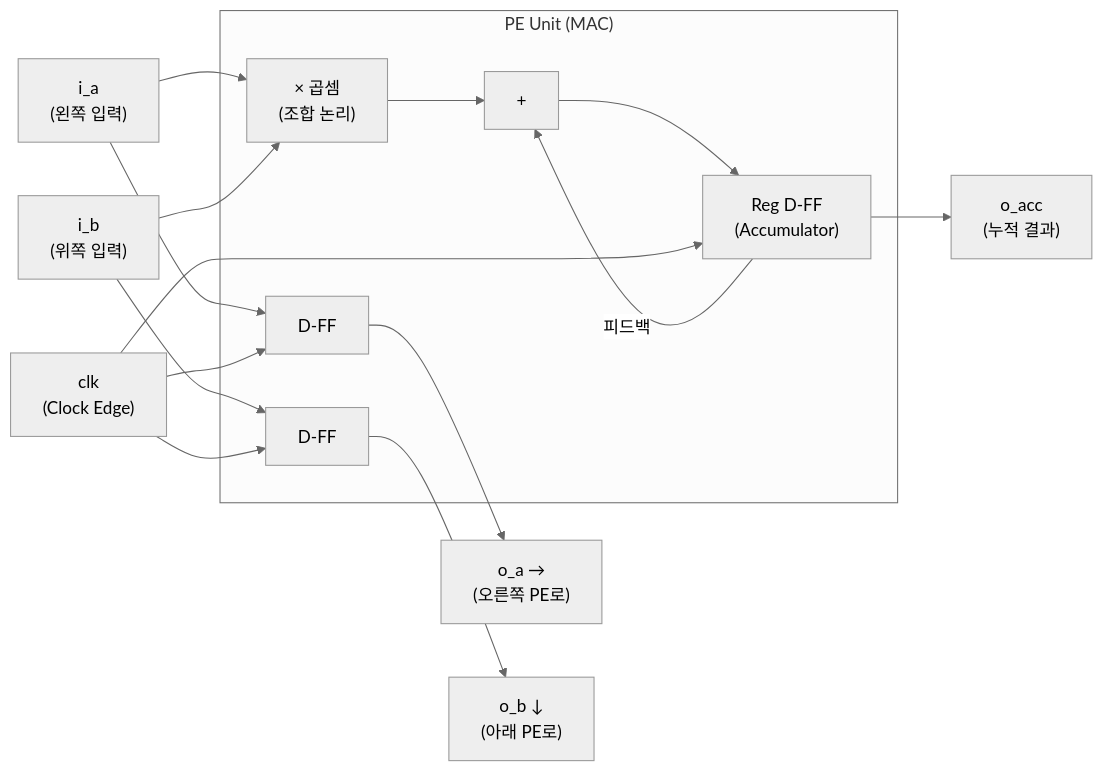
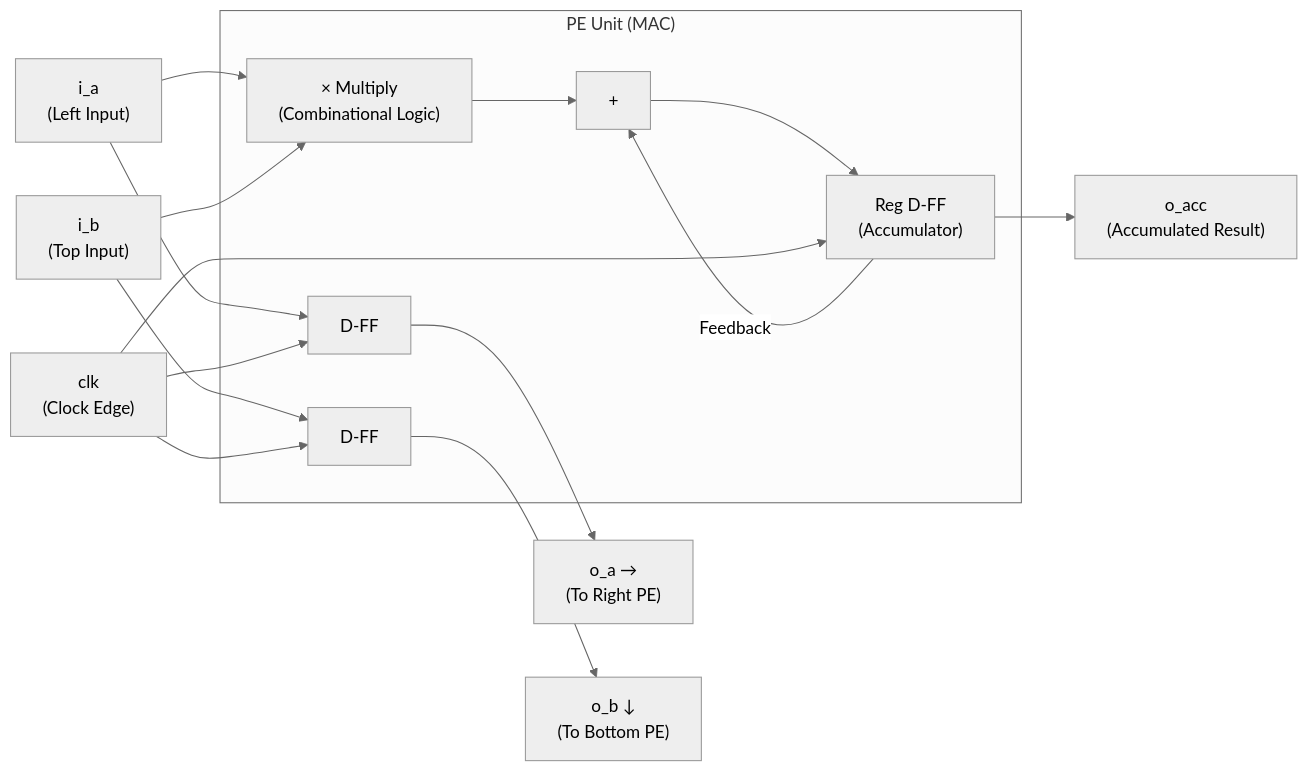
One commit to hwkim-dev/NPU-FPGA-Transformer-Accelerator-KV260 changed the first of 2 diagrams in Architecture/PE_Unit.md. Above: the diagram before and after it, drawn with Mermaid (neutral theme). The commit also changed other lines of this file and 9 other files, not shown here.

First line of the commit message:
docs: Fix markdown formatting and translate to English in Architecture folder

````diff
--- a/Architecture/PE_Unit.md
+++ b/Architecture/PE_Unit.md
@@ -13,32 +13,32 @@
 ```mermaid
 flowchart LR
-    IA["i_a\n(왼쪽 입력)"]
-    IB["i_b\n(위쪽 입력)"]
+    IA["i_a\n(Left Input)"]
+    IB["i_b\n(Top Input)"]
     CLK["clk\n(Clock Edge)"]
 
     subgraph PE ["PE Unit (MAC)"]
-        MUL["× 곱셈\n(조합 논리)"]
+        MUL["× Multiply\n(Combinational Logic)"]
         ADD["+"]
         REG_ACC["Reg D-FF\n(Accumulator)"]
         REG_A["D-FF"]
         REG_B["D-FF"]
     end
 
-    OA["o_a →\n(오른쪽 PE로)"]
-    OB["o_b ↓\n(아래 PE로)"]
-    OACC["o_acc\n(누적 결과)"]
+    OA["o_a →\n(To Right PE)"]
+    OB["o_b ↓\n(To Bottom PE)"]
+    OACC["o_acc\n(Accumulated Result)"]
 
     IA --> MUL
     IB --> MUL
     MUL --> ADD
     ADD --> REG_ACC
-    REG_ACC -->|피드백| ADD
+    REG_ACC -->|Feedback| ADD
     REG_ACC --> OACC
 
     IA --> REG_A --> OA
     IB --> REG_B --> OB
 
     CLK --> REG_ACC
     CLK --> REG_A
     CLK --> REG_B
 ```
````
